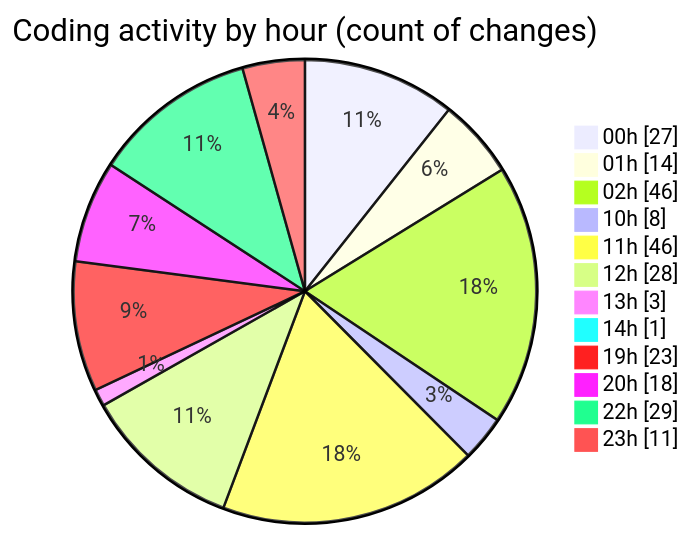
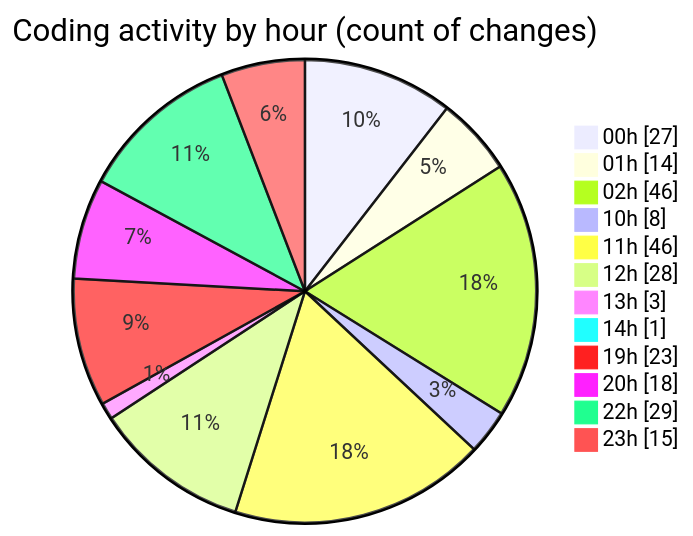
One commit to lephambinh05/code-tracking changed the second of 2 diagrams in 2025-07-17/nhahang/README.md. Above: the diagram before and after it, drawn with Mermaid. The commit also changed other lines of this file and 1 other file, not shown here.

````diff
--- a/2025-07-17/nhahang/README.md
+++ b/2025-07-17/nhahang/README.md
@@ -104,16 +106,16 @@
 ```mermaid
 pie showData
 title Coding activity by hour (count of changes)
 "00h" : 27
 "01h" : 14
 "02h" : 46
 "10h" : 8
 "11h" : 46
 "12h" : 28
 "13h" : 3
 "14h" : 1
 "19h" : 23
 "20h" : 18
 "22h" : 29
-"23h" : 11
+"23h" : 15
 ```
````
